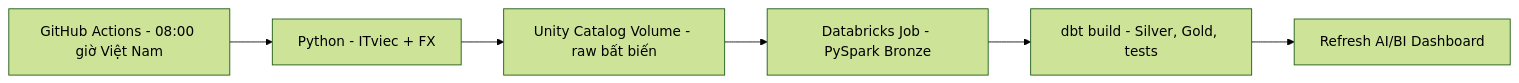
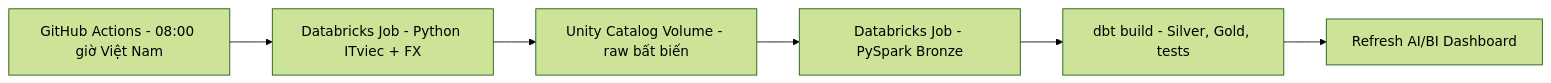
One commit to Tanh2k8-123/tech-jobs-data-pipeline changed the diagram in README.md. Above: the diagram before and after it, drawn with Mermaid (forest theme). The commit also changed other lines of this file and 9 other files, not shown here.

Commit message:
Run source ingestion inside Databricks to support unattended GitHub scheduling

````diff
--- a/README.md
+++ b/README.md
@@ -16,8 +16,8 @@
 ```mermaid
 flowchart LR
-    A[GitHub Actions - 08:00 giờ Việt Nam] --> B[Python - ITviec + FX]
+    A[GitHub Actions - 08:00 giờ Việt Nam] --> B[Databricks Job - Python ITviec + FX]
     B --> C[Unity Catalog Volume - raw bất biến]
     C --> D[Databricks Job - PySpark Bronze]
     D --> E[dbt build - Silver, Gold, tests]
     E --> F[Refresh AI/BI Dashboard]
 ```
````
